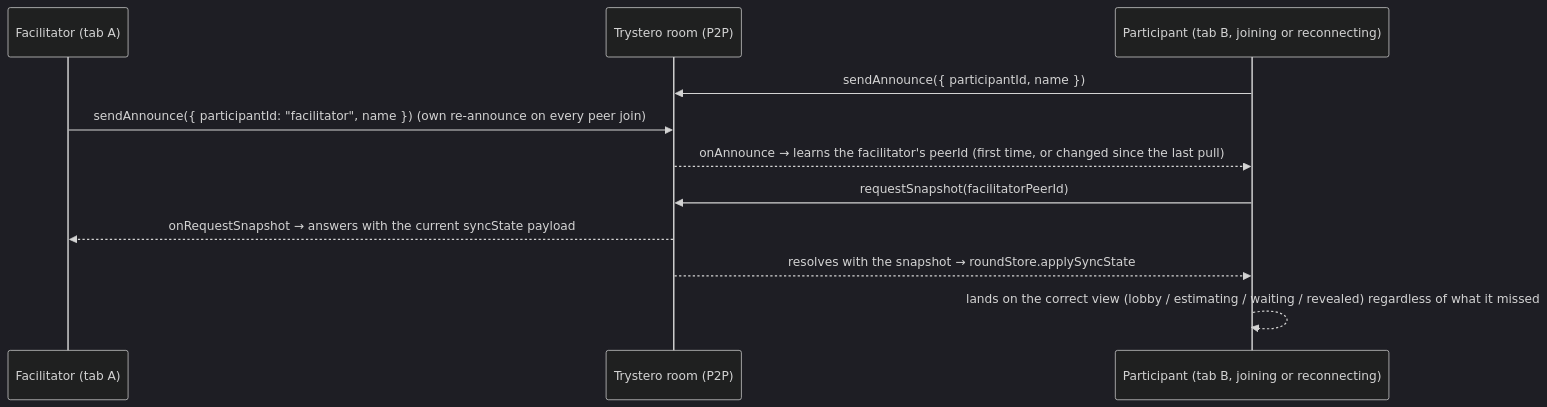
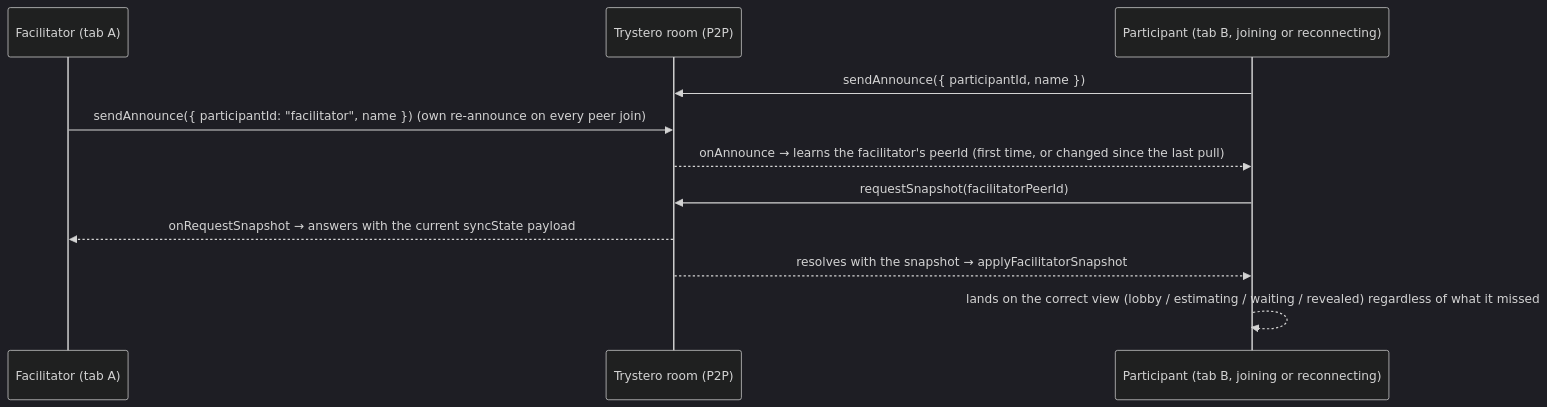
Before and after one commit to cfisch3r/estimate: the fourth of 8 diagrams in docs/concepts/collaboration-mode.md, drawn with Mermaid (dark theme). The commit also changed other lines of this file and 37 other files, not shown here.

````diff
--- a/docs/concepts/collaboration-mode.md
+++ b/docs/concepts/collaboration-mode.md
@@ -217,14 +222,14 @@
 ```mermaid
 sequenceDiagram
   participant F as Facilitator (tab A)
   participant R as Trystero room (P2P)
   participant P as Participant (tab B, joining or reconnecting)
 
   P->>R: sendAnnounce({ participantId, name })
   F->>R: sendAnnounce({ participantId: "facilitator", name }) (own re-announce on every peer join)
   R-->>P: onAnnounce → learns the facilitator's peerId (first time, or changed since the last pull)
   P->>R: requestSnapshot(facilitatorPeerId)
   R-->>F: onRequestSnapshot → answers with the current syncState payload
-  R-->>P: resolves with the snapshot → roundStore.applySyncState
+  R-->>P: resolves with the snapshot → applyFacilitatorSnapshot
   P-->>P: lands on the correct view (lobby / estimating / waiting / revealed) regardless of what it missed
 ```
````
